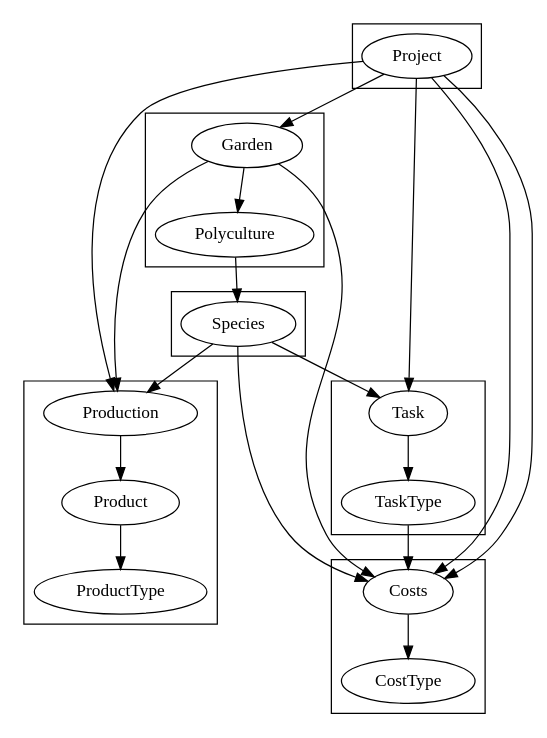
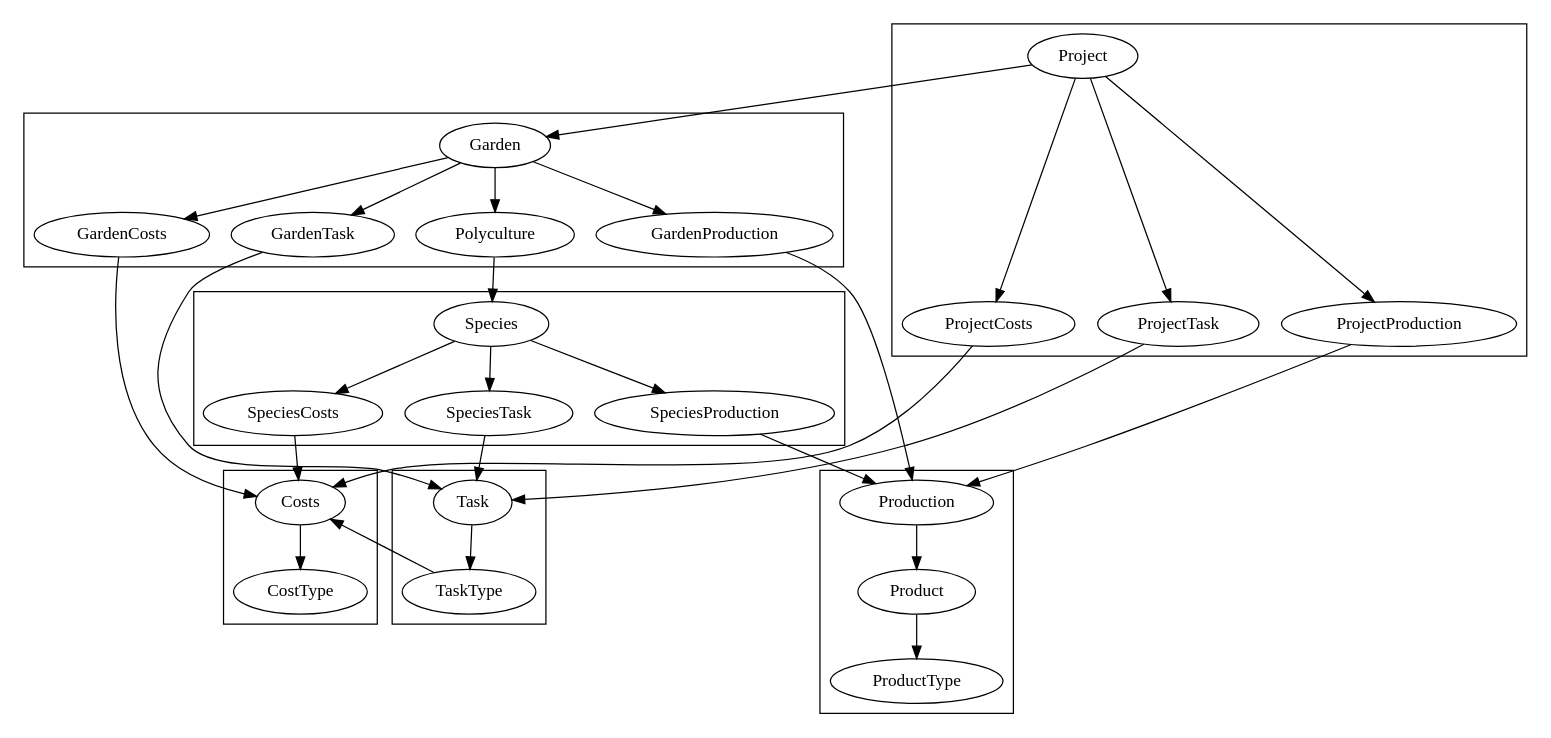
The diagram in model_dependencies.dot (dsrp/treesandpeople), drawn with Graphviz before and after one commit.

Commit message:
Nearly there...

```diff
--- a/model_dependencies.dot
+++ b/model_dependencies.dot
@@ -1,55 +1,62 @@
 digraph {
+    newrank=true;
+
     Project -> Garden;
 
     Product -> ProductType;
 
     Task -> TaskType;
 
     Polyculture -> Species;
     Garden -> Polyculture;
 
-    Species -> Production;
-    Species -> Task;
-    Species -> Costs;
+    Species -> SpeciesProduction -> Production;
+    Species -> SpeciesTask -> Task;
+    Species -> SpeciesCosts -> Costs;
 
-    Project -> Task;
-    Project -> Costs;
-    Project -> Production;
-    Project -> Costs;
+    Project -> ProjectTask -> Task;
+    Project -> ProjectCosts -> Costs;
+    Project -> ProjectProduction -> Production;
 
-    Garden -> Production;
-    Garden -> Costs;
+    Garden -> GardenProduction -> Production;
+    Garden -> GardenCosts -> Costs;
+    Garden -> GardenTask -> Task;
 
     Production -> Product;
 
     Costs -> CostType;
     TaskType -> Costs;
 
     subgraph cluster_0 {
-        Production;
-        Product; ProductType;
+        Production; Product; ProductType;
     }
 
     subgraph cluster_1 {
         Task; TaskType;
     }
 
     subgraph cluster_3 {
     }
 
     subgraph cluster_4 {
-        Project;
+        Project; ProjectTask; ProjectCosts; ProjectProduction;
     }
 
     subgraph cluster_5 {
         Costs; CostType;
     }
 
     subgraph cluster_6 {
-        Garden; Polyculture;
+        Garden; Polyculture; GardenTask; GardenCosts; GardenProduction;
     }
 
     subgraph cluster_7 {
-        Species;
+        Species; SpeciesTask; SpeciesCosts; SpeciesProduction;
     }
+
+    { rank=same; Production; Task; Costs; }
+
+    { rank=same; ProjectTask; ProjectCosts; ProjectProduction; }
+
+    { rank=same; GardenTask; GardenCosts; GardenProduction; }
 }
```
